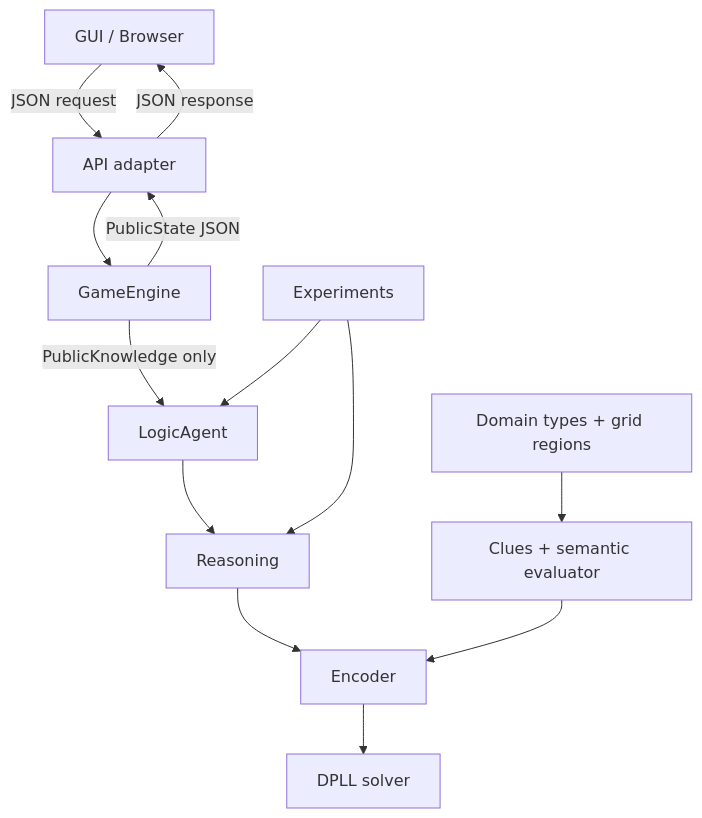
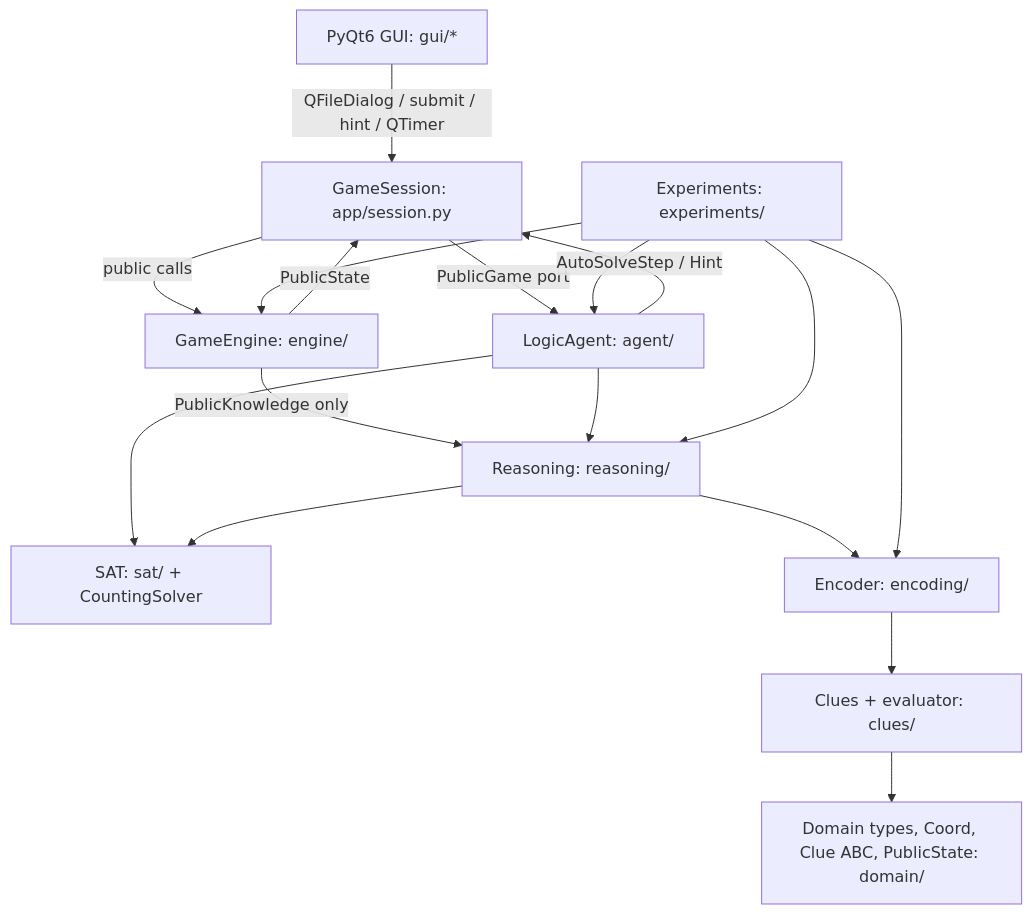
The first of 18 diagrams in Workflow.md (vannguyn/Griductive-Solver), drawn with Mermaid before and after one commit. The commit also changed other lines of this file, not shown here.

Commit message:
docs(workflow): replace HTTP API with GameSession/PyQt6 flow and sync contracts

````diff
--- a/Workflow.md
+++ b/Workflow.md
@@ -30,15 +31,19 @@
 ```mermaid
 flowchart TB
-    GUI[GUI / Browser] -->|JSON request| API[API adapter]
-    API --> ENGINE[GameEngine]
-    ENGINE -->|PublicKnowledge only| AGENT[LogicAgent]
-    AGENT --> REASON[Reasoning]
-    REASON --> ENCODING[Encoder]
-    ENCODING --> SAT[DPLL solver]
-    CLUES[Clues + semantic evaluator] --> ENCODING
-    DOMAIN[Domain types + grid regions] --> CLUES
-    ENGINE -->|PublicState JSON| API
-    API -->|JSON response| GUI
-    EXP[Experiments] --> AGENT
+    GUI[PyQt6 GUI: gui/*] -->|QFileDialog / submit / hint / QTimer| SESSION[GameSession: app/session.py]
+    SESSION -->|public calls| ENGINE[GameEngine: engine/]
+    SESSION -->|PublicGame port| AGENT[LogicAgent: agent/]
+    ENGINE -->|PublicState| SESSION
+    AGENT -->|AutoSolveStep / Hint| SESSION
+    ENGINE -->|PublicKnowledge only| REASON[Reasoning: reasoning/]
+    AGENT --> REASON
+    AGENT --> SAT[SAT: sat/ + CountingSolver]
+    REASON --> ENCODING[Encoder: encoding/]
+    REASON --> SAT
+    ENCODING --> CLUES[Clues + evaluator: clues/]
+    CLUES --> DOMAIN[Domain types, Coord, Clue ABC, PublicState: domain/]
+    EXP[Experiments: experiments/] --> AGENT
     EXP --> REASON
+    EXP --> ENCODING
+    EXP --> ENGINE
 ```
````
